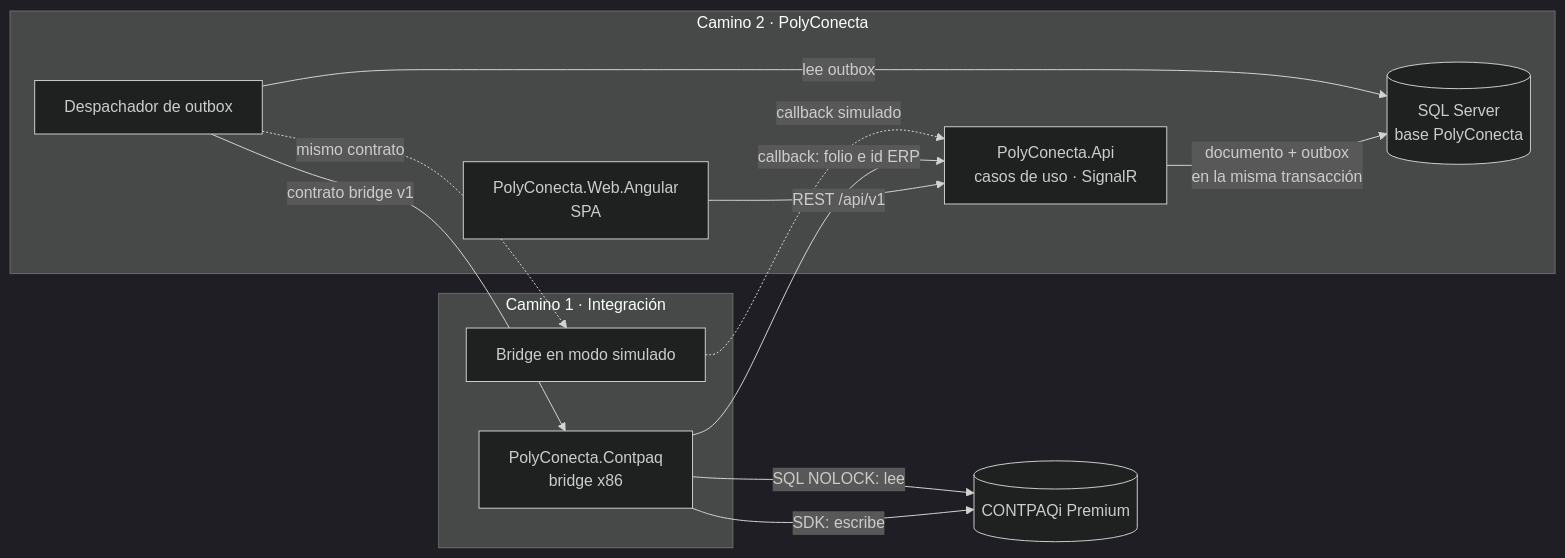
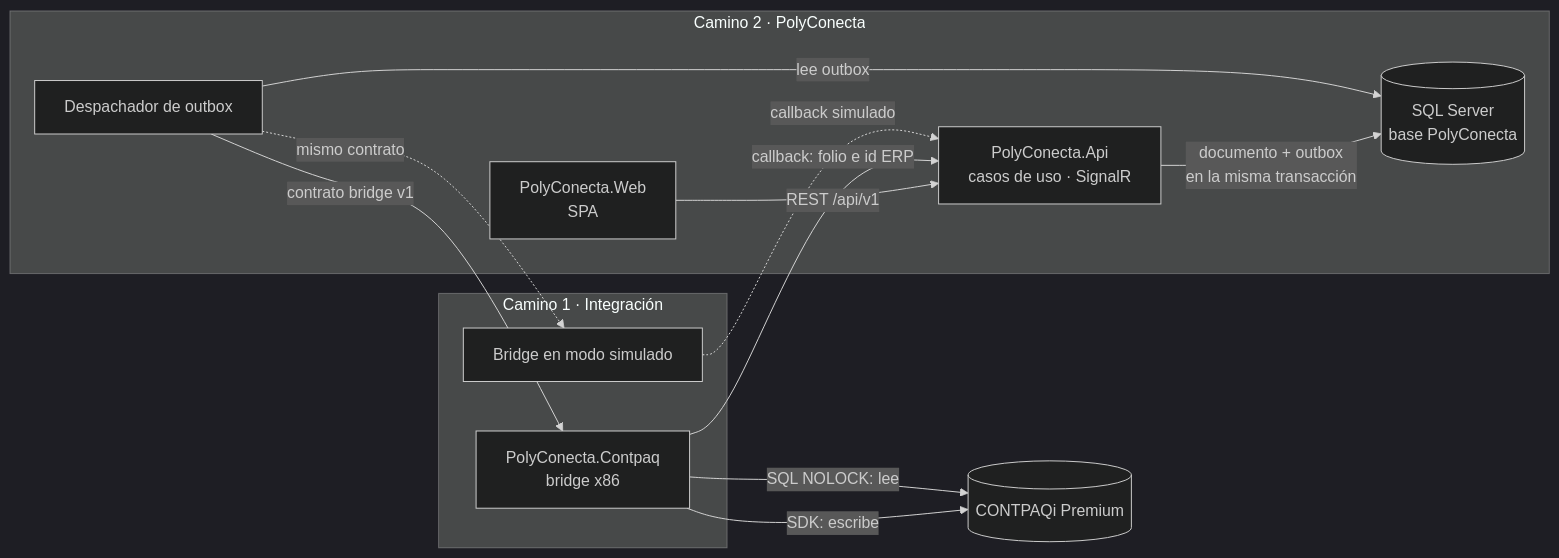
One commit to INNATOS-SYSTEMS/Polyconecta changed the diagram in docs/diseno/06-constitucion-tecnica.md. Above: the diagram before and after it, drawn with Mermaid (dark theme). The commit also changed other lines of this file and 11 other files, not shown here.

Commit message:
Llamar PolyConecta.Web a la presentación en Angular (D-126)

````diff
--- a/docs/diseno/06-constitucion-tecnica.md
+++ b/docs/diseno/06-constitucion-tecnica.md
@@ -13,24 +13,24 @@
 ```mermaid
 flowchart LR
     subgraph C2["Camino 2 · PolyConecta"]
-        WEB["PolyConecta.Web.Angular<br/>SPA"]
+        WEB["PolyConecta.Web<br/>SPA"]
         API["PolyConecta.Api<br/>casos de uso · SignalR"]
         DB[("SQL Server<br/>base PolyConecta")]
         DISP["Despachador de outbox"]
     end
     subgraph C1["Camino 1 · Integración"]
         BR["PolyConecta.Contpaq<br/>bridge x86"]
         SIM["Bridge en modo simulado"]
     end
     ERP[("CONTPAQi Premium")]
 
     WEB -- "REST /api/v1" --> API
     API -- "documento + outbox<br/>en la misma transacción" --> DB
     DISP -- "lee outbox" --> DB
     DISP -- "contrato bridge v1" --> BR
     DISP -. "mismo contrato" .-> SIM
     BR -- "callback: folio e id ERP" --> API
     SIM -. "callback simulado" .-> API
     BR -- "SDK: escribe" --> ERP
     BR -- "SQL NOLOCK: lee" --> ERP
 ```
````
